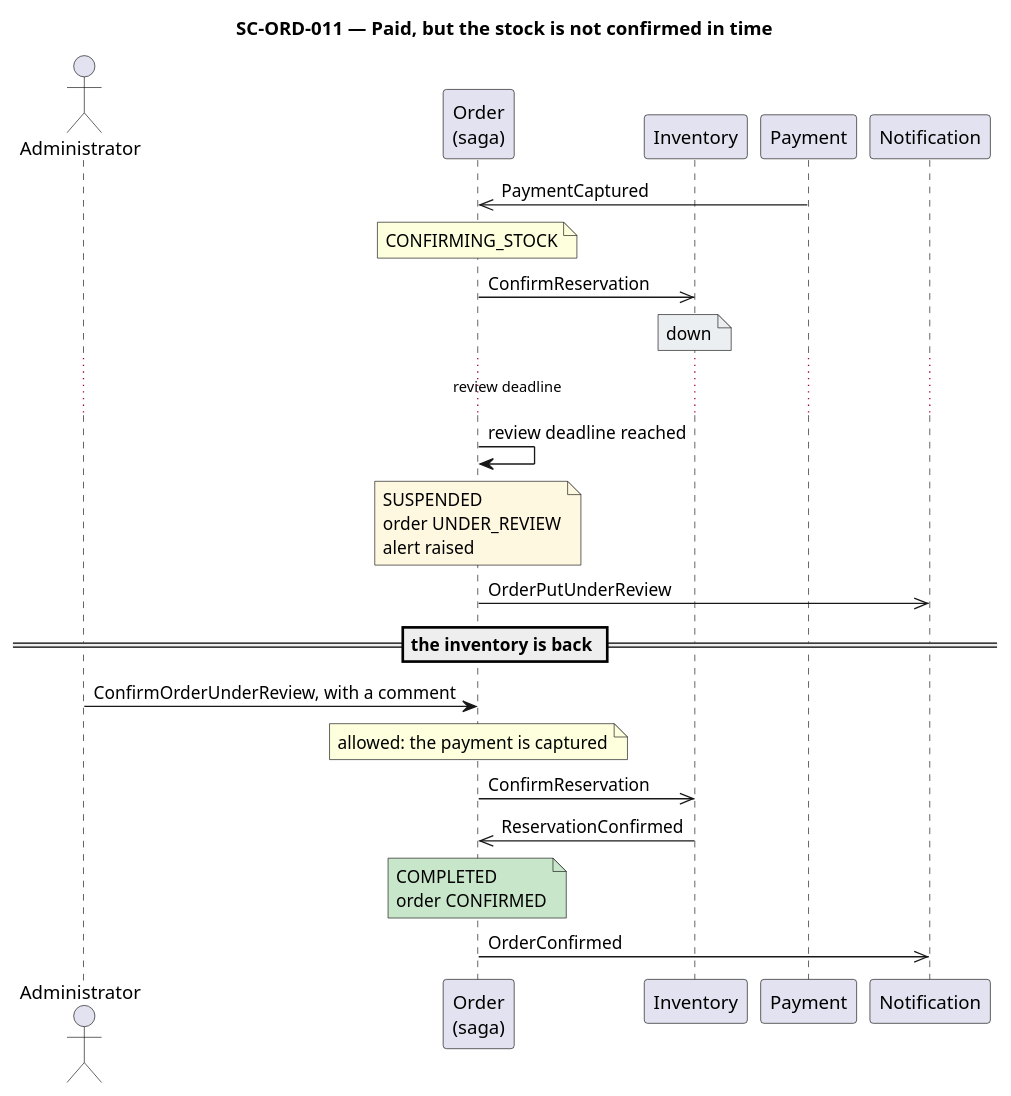
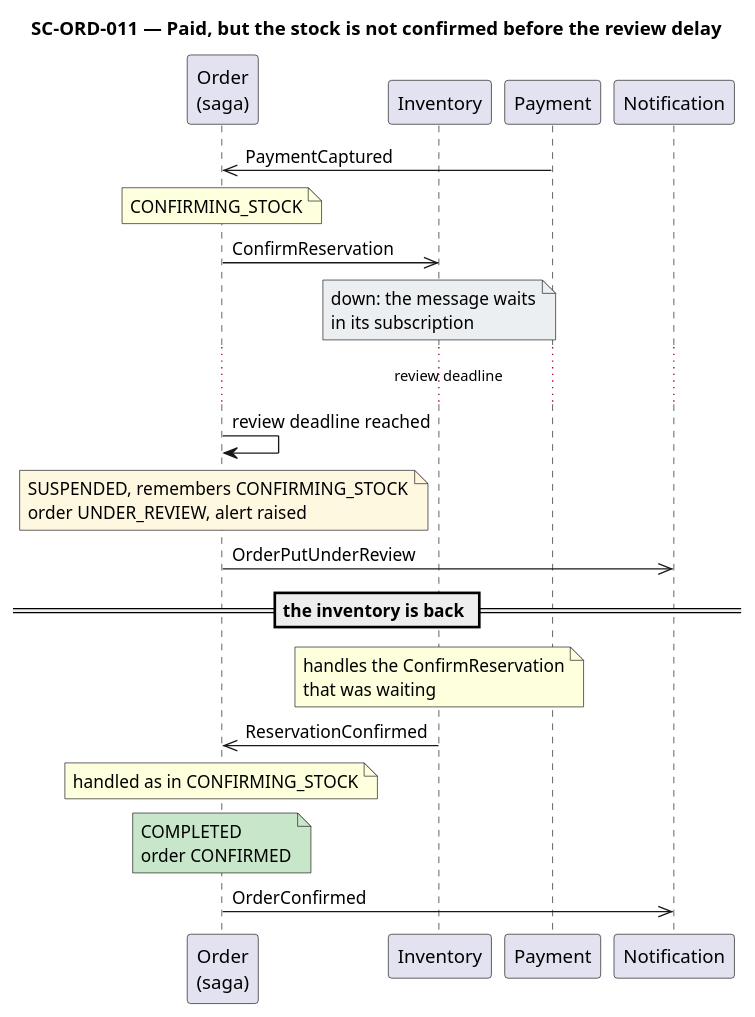
One commit to AxeloLabs/alten-commerce-platform changed the diagram in doc/2-spec/03-event-driven-architecture/diagrams/sc-ord-011.puml. Above: the diagram before and after it, drawn with PlantUML. The commit also changed 40 other files, not shown here.

```diff
--- a/doc/2-spec/03-event-driven-architecture/diagrams/sc-ord-011.puml
+++ b/doc/2-spec/03-event-driven-architecture/diagrams/sc-ord-011.puml
@@ -1,24 +1,22 @@
 @startuml
-title SC-ORD-011 — Paid, but the stock is not confirmed in time
-actor Administrator as A
+title SC-ORD-011 — Paid, but the stock is not confirmed before the review delay
 participant "Order\n(saga)" as O
 participant "Inventory" as I
 participant "Payment" as P
 participant "Notification" as N
 
 P ->> O : PaymentCaptured
 note over O : CONFIRMING_STOCK
 O ->> I : ConfirmReservation
-note over I #ECEFF1 : down
+note over I #ECEFF1 : down: the message waits\nin its subscription
 ... review deadline ...
 O -> O : review deadline reached
-note over O #FFF8E1 : SUSPENDED\norder UNDER_REVIEW\nalert raised
+note over O #FFF8E1 : SUSPENDED, remembers CONFIRMING_STOCK\norder UNDER_REVIEW, alert raised
 O ->> N : OrderPutUnderReview
 == the inventory is back ==
-A -> O : ConfirmOrderUnderReview, with a comment
-note over O : allowed: the payment is captured
-O ->> I : ConfirmReservation
+note over I : handles the ConfirmReservation\nthat was waiting
 I ->> O : ReservationConfirmed
+note over O : handled as in CONFIRMING_STOCK
 note over O #C8E6C9 : COMPLETED\norder CONFIRMED
 O ->> N : OrderConfirmed
 @enduml
```
